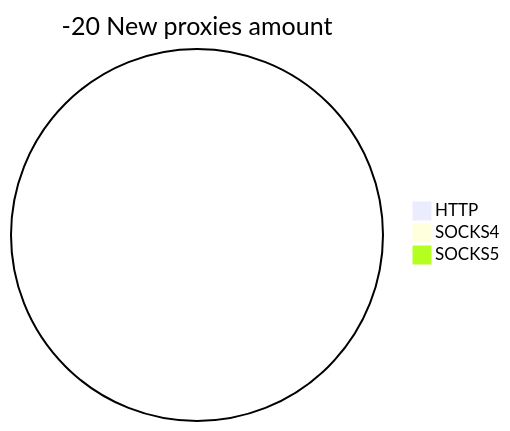
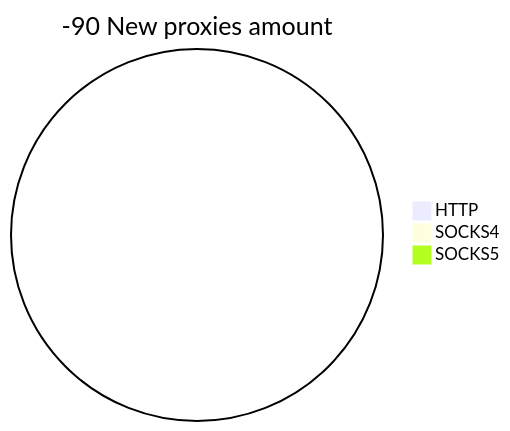
One commit to cutipu/proxylist changed the second of 2 diagrams in README.md. Above: the diagram before and after it, drawn with Mermaid. The commit also changed other lines of this file, not shown here.

````diff
--- a/README.md
+++ b/README.md
@@ -10,6 +10,6 @@
 ```mermaid
-pie title -20 New proxies amount
+pie title -90 New proxies amount
     "HTTP" : 0
     "SOCKS4" : 0
     "SOCKS5" : 0
 ```
````
